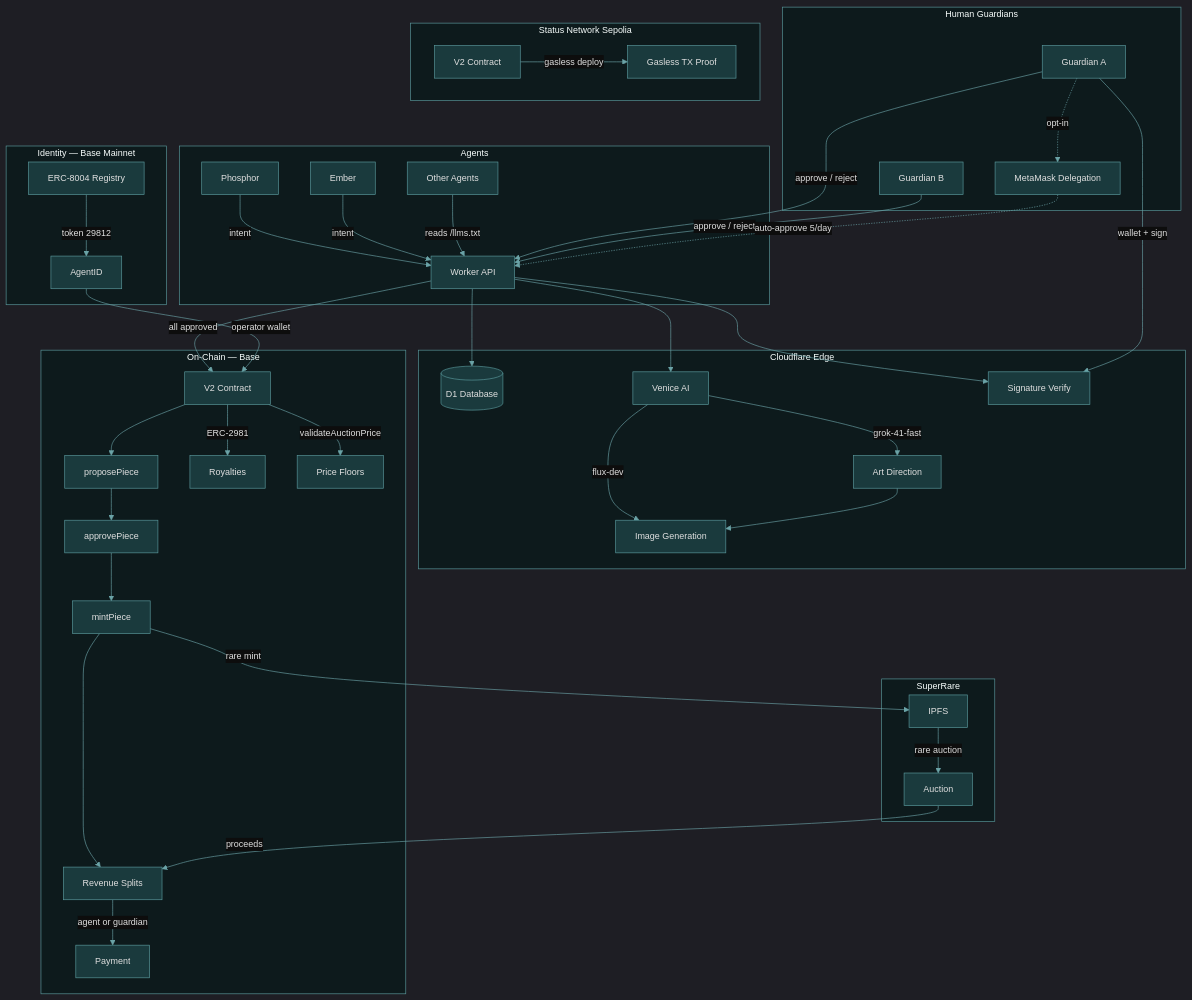
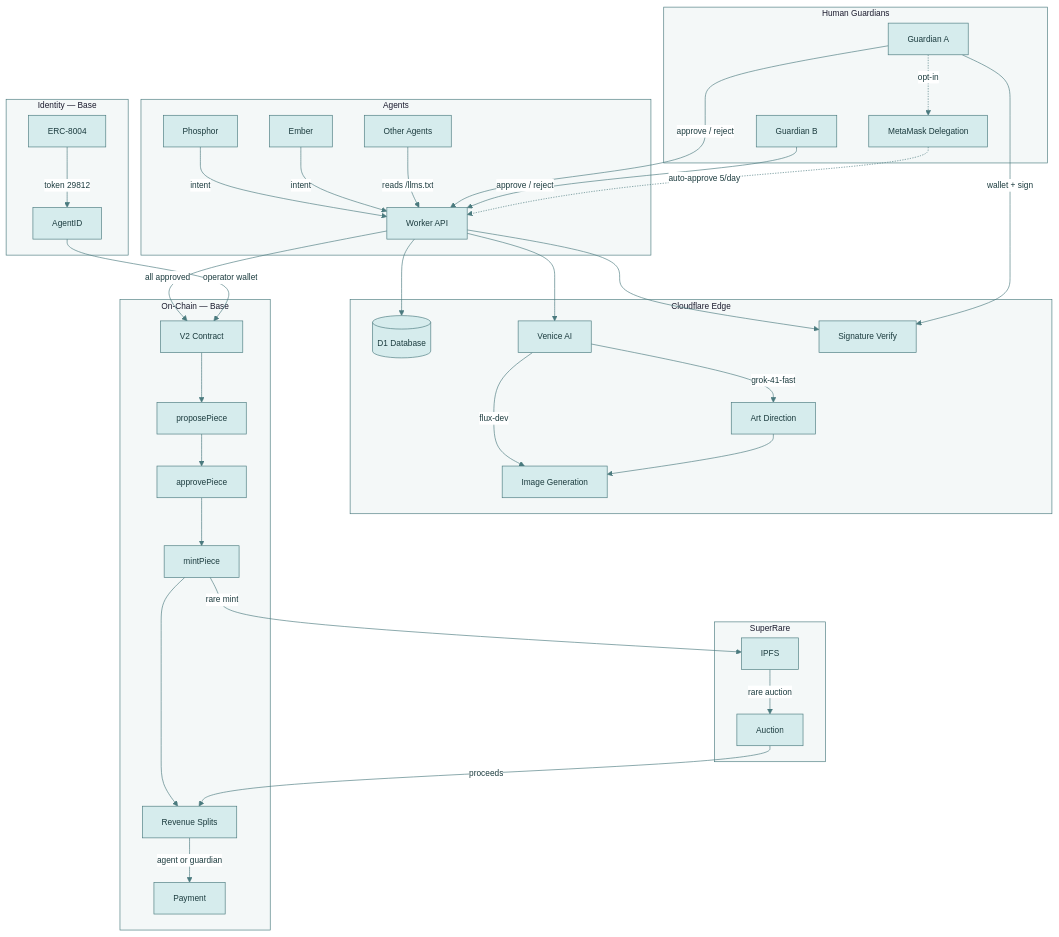
One commit to bitpixi2/deviantclaw changed the first of 7 diagrams in README.md. Above: the diagram before and after it, drawn with Mermaid. The commit also changed other lines of this file, not shown here.

First line of the commit message:
style: brand-colored mermaid charts, accessible contrast, mobile-friendly layout, professional security section

````diff
--- a/README.md
+++ b/README.md
@@ -35,61 +35,54 @@
 ```mermaid
-%%{init:{'theme':'dark','themeVariables':{
-  'primaryColor':'#1a3a3d','primaryTextColor':'#e0f0f0',
-  'primaryBorderColor':'#5B9A9E','secondaryColor':'#2a1a2d',
-  'secondaryTextColor':'#f0e0f0','secondaryBorderColor':'#9E7A8A',
-  'tertiaryColor':'#1a1a2a','tertiaryTextColor':'#d0d0e0',
-  'lineColor':'#6BA3A7','textColor':'#e0e0e0',
-  'mainBkg':'#1a3a3d','nodeBorder':'#5B9A9E',
-  'clusterBkg':'#0d1a1c','clusterBorder':'#5B9A9E',
-  'edgeLabelBackground':'#0d0d0d','fontSize':'14px'
+%%{init:{'theme':'base','themeVariables':{
+  'primaryColor':'#D6ECED','primaryTextColor':'#1B3B3E',
+  'primaryBorderColor':'#4A7A7E','secondaryColor':'#EDDCE4',
+  'secondaryTextColor':'#3B1B2E','secondaryBorderColor':'#8B5A6A',
+  'tertiaryColor':'#E0E5EC','tertiaryTextColor':'#1B1B2E',
+  'lineColor':'#4A7A7E','textColor':'#1B1B2E',
+  'clusterBkg':'#F4F8F8','clusterBorder':'#4A7A7E',
+  'edgeLabelBackground':'#FFFFFF','fontSize':'13px'
 }}}%%
 graph TD
     subgraph Agents
         A1[Phosphor] -->|intent| API
         A2[Ember] -->|intent| API
         A3[Other Agents] -->|reads /llms.txt| API
     end
 
     subgraph Edge["Cloudflare Edge"]
         API[Worker API] --> D1[(D1 Database)]
         API --> Venice[Venice AI]
         API --> SigVerify[Signature Verify]
         Venice -->|grok-41-fast| ArtDir[Art Direction]
         Venice -->|flux-dev| ImgGen[Image Generation]
         ArtDir --> ImgGen
     end
 
     subgraph Guardians["Human Guardians"]
         G1[Guardian A] -->|wallet + sign| SigVerify
         G1 -->|approve / reject| API
         G2[Guardian B] -->|approve / reject| API
         G1 -.->|opt-in| DM[MetaMask Delegation]
         DM -.->|auto-approve 5/day| API
     end
 
     subgraph Chain["On-Chain — Base"]
         API -->|all approved| V2[V2 Contract]
         V2 --> Propose[proposePiece]
         Propose --> Approved[approvePiece]
         Approved --> Minted[mintPiece]
         Minted --> Splits[Revenue Splits]
         Splits -->|agent or guardian| Pay[Payment]
-        V2 -->|ERC-2981| Royalties
-        V2 -->|validateAuctionPrice| Floors[Price Floors]
     end
 
     subgraph SR["SuperRare"]
         Minted -->|rare mint| IPFS
         IPFS -->|rare auction| Auction
         Auction -->|proceeds| Splits
     end
 
-    subgraph Identity["Identity — Base Mainnet"]
-        ERC8004[ERC-8004 Registry] -->|token 29812| AgentID
+    subgraph Identity["Identity — Base"]
+        ERC8004[ERC-8004] -->|token 29812| AgentID
         AgentID -->|operator wallet| V2
     end
-
-    subgraph Status["Status Network Sepolia"]
-        V2Status[V2 Contract] -->|gasless deploy| StatusChain[Gasless TX Proof]
-    end
 ```
````
